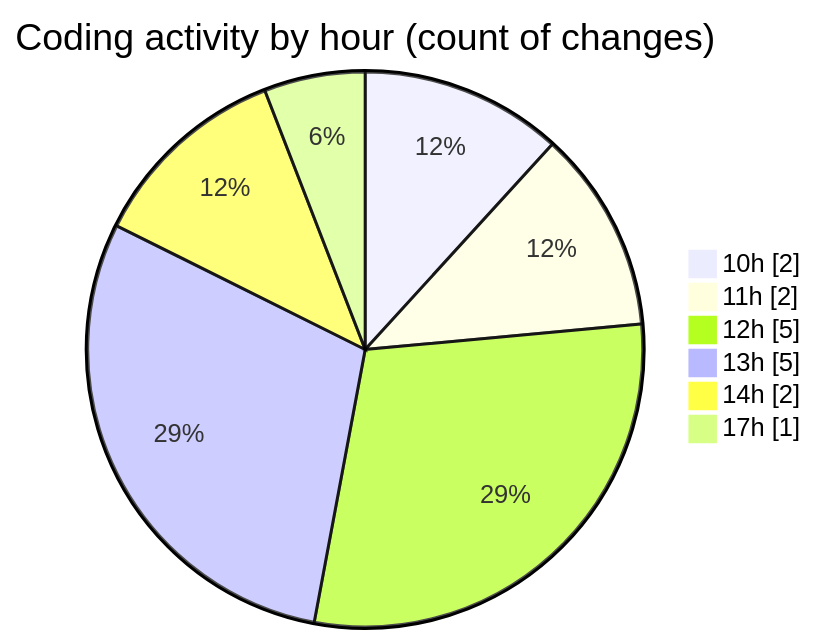
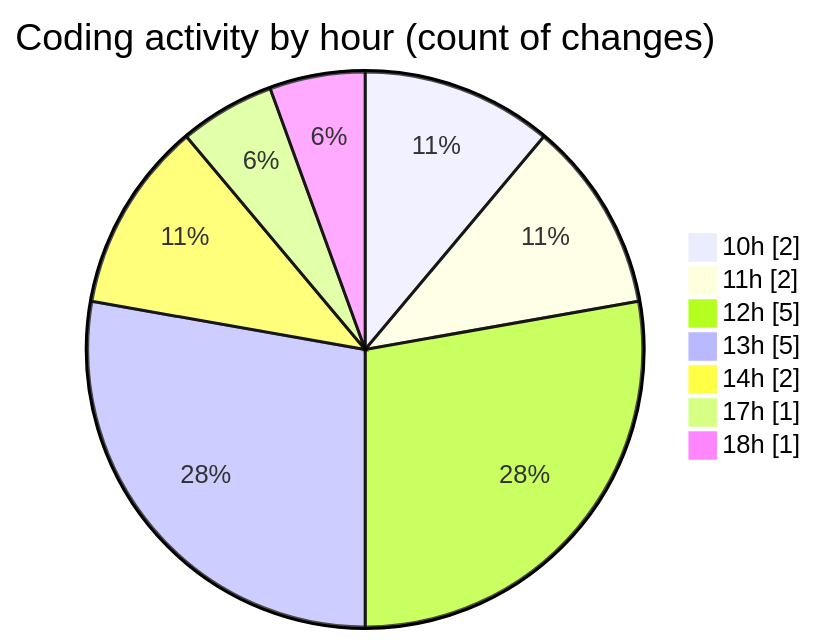
One commit to nxtqubesakshisongat/code-tracking changed the second of 2 diagrams in 2026-01-05/nxtqube_webapp/README.md. Above: the diagram before and after it, drawn with Mermaid. The commit also changed other lines of this file and 1 other file, not shown here.

````diff
--- a/2026-01-05/nxtqube_webapp/README.md
+++ b/2026-01-05/nxtqube_webapp/README.md
@@ -34,10 +36,11 @@
 ```mermaid
 pie showData
 title Coding activity by hour (count of changes)
 "10h" : 2
 "11h" : 2
 "12h" : 5
 "13h" : 5
 "14h" : 2
 "17h" : 1
+"18h" : 1
 ```
````
